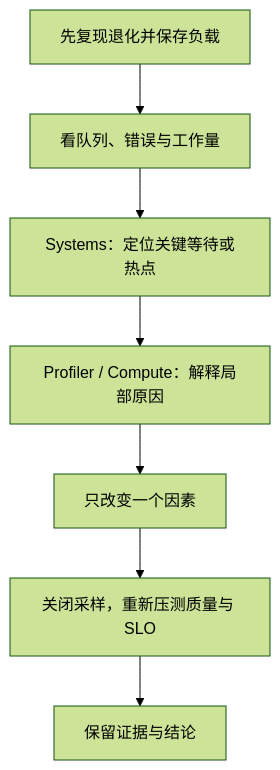
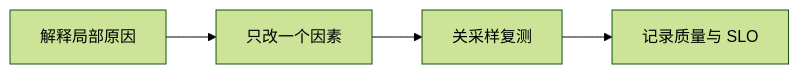
The second of 2 diagrams in docs/guides/模块四-推理优化/第8章-性能分析与Benchmark/8.3-性能分析工具与定位流程.md (vinsonnnnn/AIInfraGuide), drawn with Mermaid (forest theme) before and after one commit. The commit also changed other lines of this file and 19 other files, not shown here.

````diff
--- a/docs/guides/模块四-推理优化/第8章-性能分析与Benchmark/8.3-性能分析工具与定位流程.md
+++ b/docs/guides/模块四-推理优化/第8章-性能分析与Benchmark/8.3-性能分析工具与定位流程.md
@@ -191,9 +223,6 @@
 ```mermaid
-graph TD
-    A["先复现退化并保存负载"] --> B["看队列、错误与工作量"]
-    B --> C["Systems：定位关键等待或热点"]
-    C --> D["Profiler / Compute：解释局部原因"]
-    D --> E["只改变一个因素"]
-    E --> F["关闭采样，重新压测质量与 SLO"]
-    F --> G["保留证据与结论"]
+flowchart LR
+    A["解释局部原因"] --> B["只改一个因素"]
+    B --> C["关采样复测"]
+    C --> D["记录质量与 SLO"]
 ```
````
